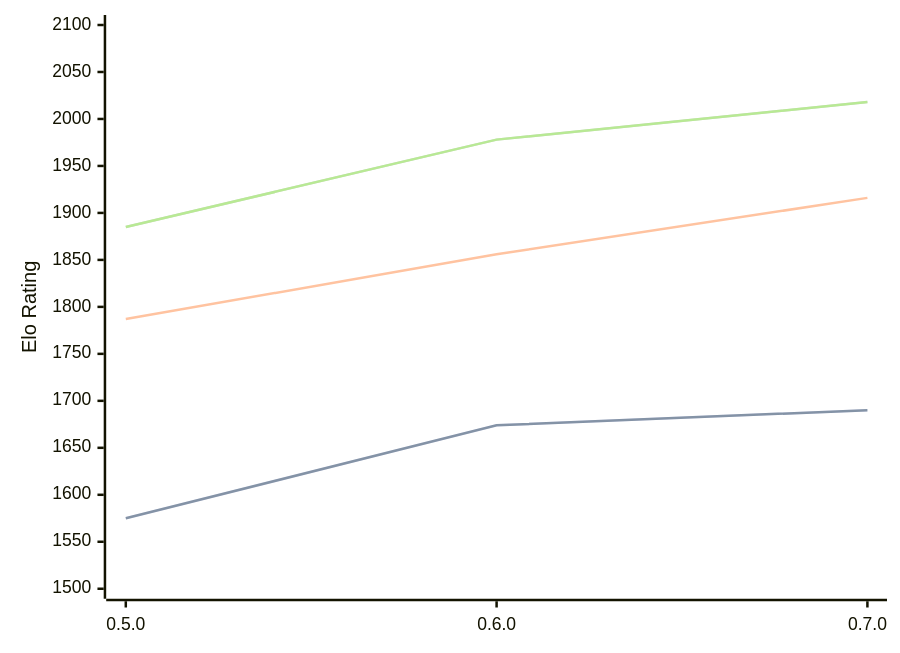
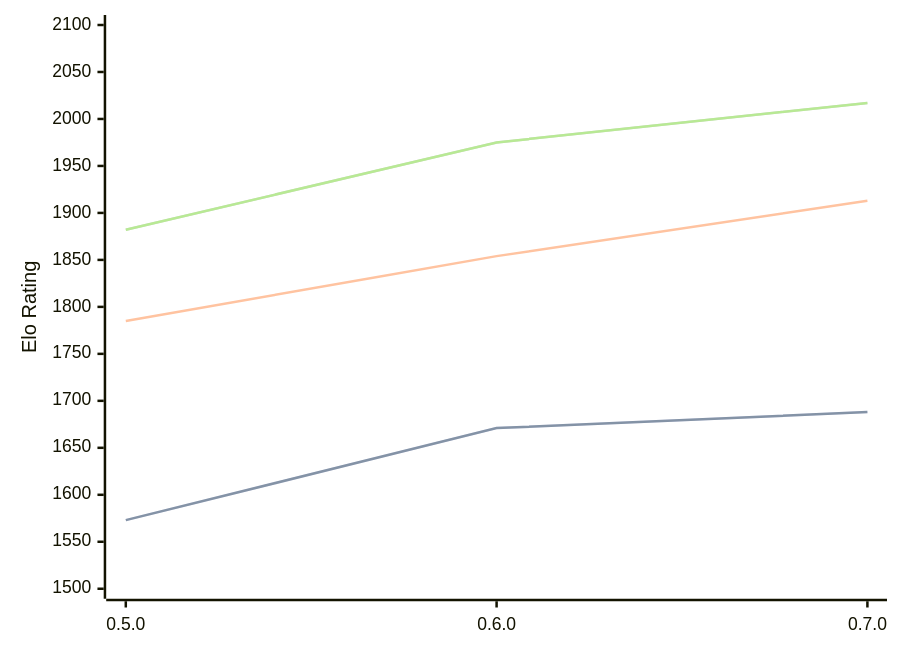
The diagram in engines/Chess-rs.md (computer-chess-index/cci), drawn with Mermaid before and after one commit. The commit also changed other lines of this file, not shown here.

Commit message:
Update CCI Ratings (ELO VLTC) - 2026-06-08

````diff
--- a/engines/Chess-rs.md
+++ b/engines/Chess-rs.md
@@ -41,11 +41,11 @@
 ```mermaid
 %%{init: {"theme":"base","themeVariables":{"seriesColors:['#a3a3a3','#222221','#faa371']}}}%%
 xychart-beta
   x-axis ["0.5.0", "0.6.0", "0.7.0"]
   y-axis "Elo Rating" 1500 --> 2100
-  line "STC (8.0+0.08s)" [1575, 1674, 1690]
-  line "STC (8.0+0.08s)" [1575, 1674, 1690]
-  line "LTC (60.0+0.60s)" [1787, 1856, 1916]
-  line "VLTC (2m24s+1.12s)" [1885, 1978, 2018]
-  line "VLTC (2m24s+1.12s)" [1885, 1978, 2018]
+  line "STC (8.0+0.08s)" [1573, 1671, 1688]
+  line "STC (8.0+0.08s)" [1573, 1671, 1688]
+  line "LTC (60.0+0.60s)" [1785, 1854, 1913]
+  line "VLTC (2m24s+1.12s)" [1882, 1975, 2017]
+  line "VLTC (2m24s+1.12s)" [1882, 1975, 2017]
 ```
````
